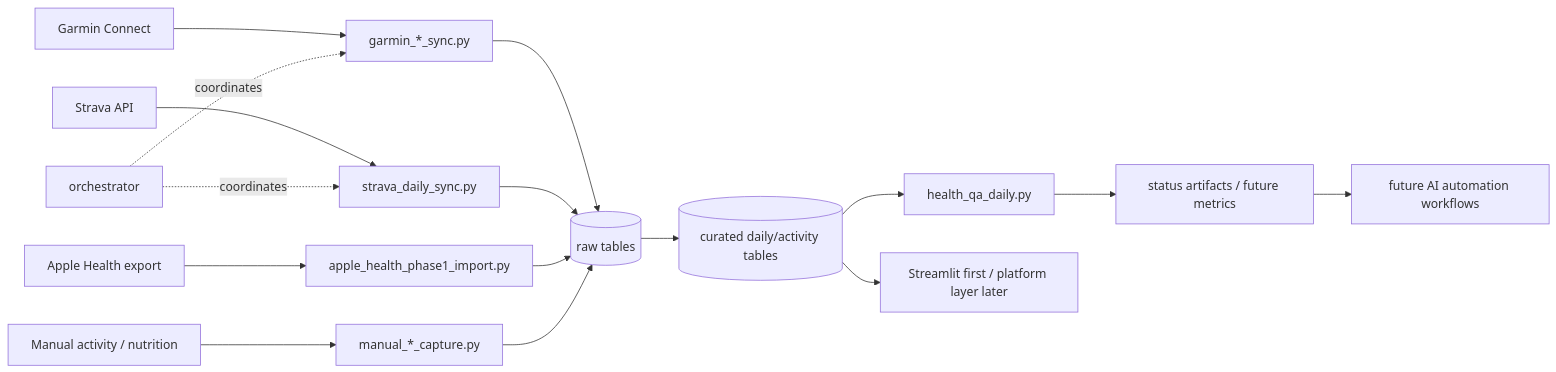
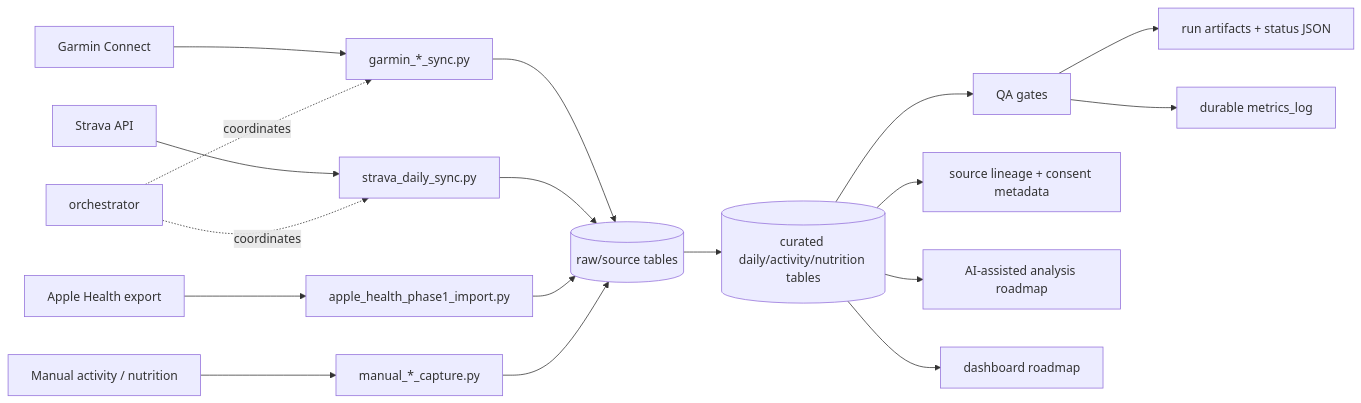
Before and after one commit to Matthew-T-Fergusson/Health-Apps-data-pull: the diagram in README.md, drawn with Mermaid. The commit also changed other lines of this file and 5 other files, not shown here.

Commit message:
Reframe health repo as personal data platform

````diff
--- a/README.md
+++ b/README.md
@@ -67,21 +67,23 @@
 ```mermaid
 flowchart LR
   G[Garmin Connect] --> GW[garmin_*_sync.py]
   S[Strava API] --> SW[strava_daily_sync.py]
   A[Apple Health export] --> AW[apple_health_phase1_import.py]
   M[Manual activity / nutrition] --> MW[manual_*_capture.py]
 
   O[orchestrator] -.coordinates.-> GW
   O -.coordinates.-> SW
 
-  GW --> R[(raw tables)]
+  GW --> R[(raw/source tables)]
   SW --> R
   AW --> R
   MW --> R
 
-  R --> C[(curated daily/activity tables)]
-  C --> Q[health_qa_daily.py]
-  Q --> Status[status artifacts / future metrics]
-  C --> Viz[Streamlit first / platform layer later]
-  Status --> AI[future AI automation workflows]
+  R --> C[(curated daily/activity/nutrition tables)]
+  C --> Q[QA gates]
+  Q --> Artifacts[run artifacts + status JSON]
+  Q --> Metrics[durable metrics_log]
+  C --> Lineage[source lineage + consent metadata]
+  C --> AI[AI-assisted analysis roadmap]
+  C --> Viz[dashboard roadmap]
 ```
````
